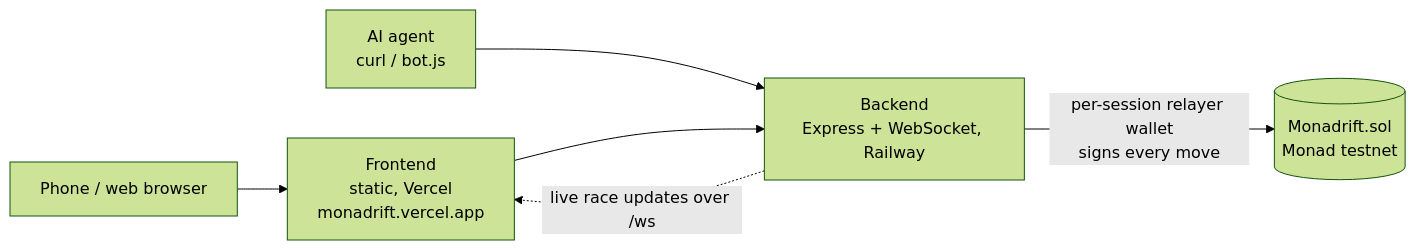
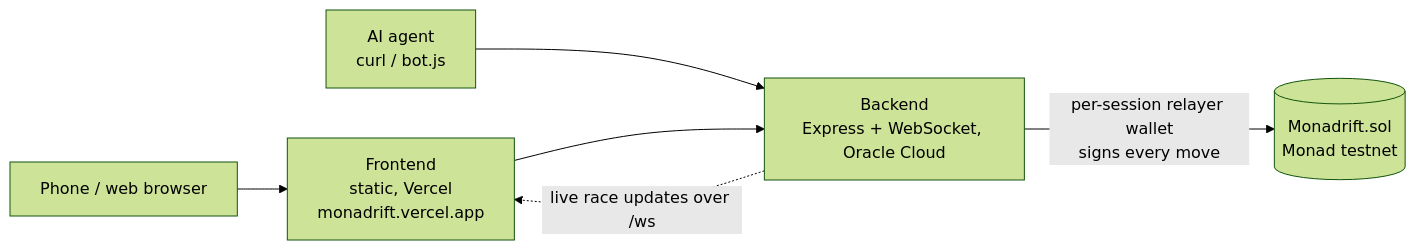
The diagram in README.md (0jz/Monadrift), drawn with Mermaid (forest theme) before and after one commit. The commit also changed other lines of this file and 1 other file, not shown here.

First line of the commit message:
Point README at redeployed contract and Oracle backend; drop ankr RPC

````diff
--- a/README.md
+++ b/README.md
@@ -37,8 +37,8 @@
 ```mermaid
 flowchart LR
     P[Phone / web browser] --> F[Frontend<br/>static, Vercel<br/>monadrift.vercel.app]
     A[AI agent<br/>curl / bot.js] --> B
-    F --> B[Backend<br/>Express + WebSocket, Railway]
+    F --> B[Backend<br/>Express + WebSocket, Oracle Cloud]
     B -->|per-session relayer wallet<br/>signs every move| C[(Monadrift.sol<br/>Monad testnet)]
     B -. live race updates over /ws .-> F
 ```
````
